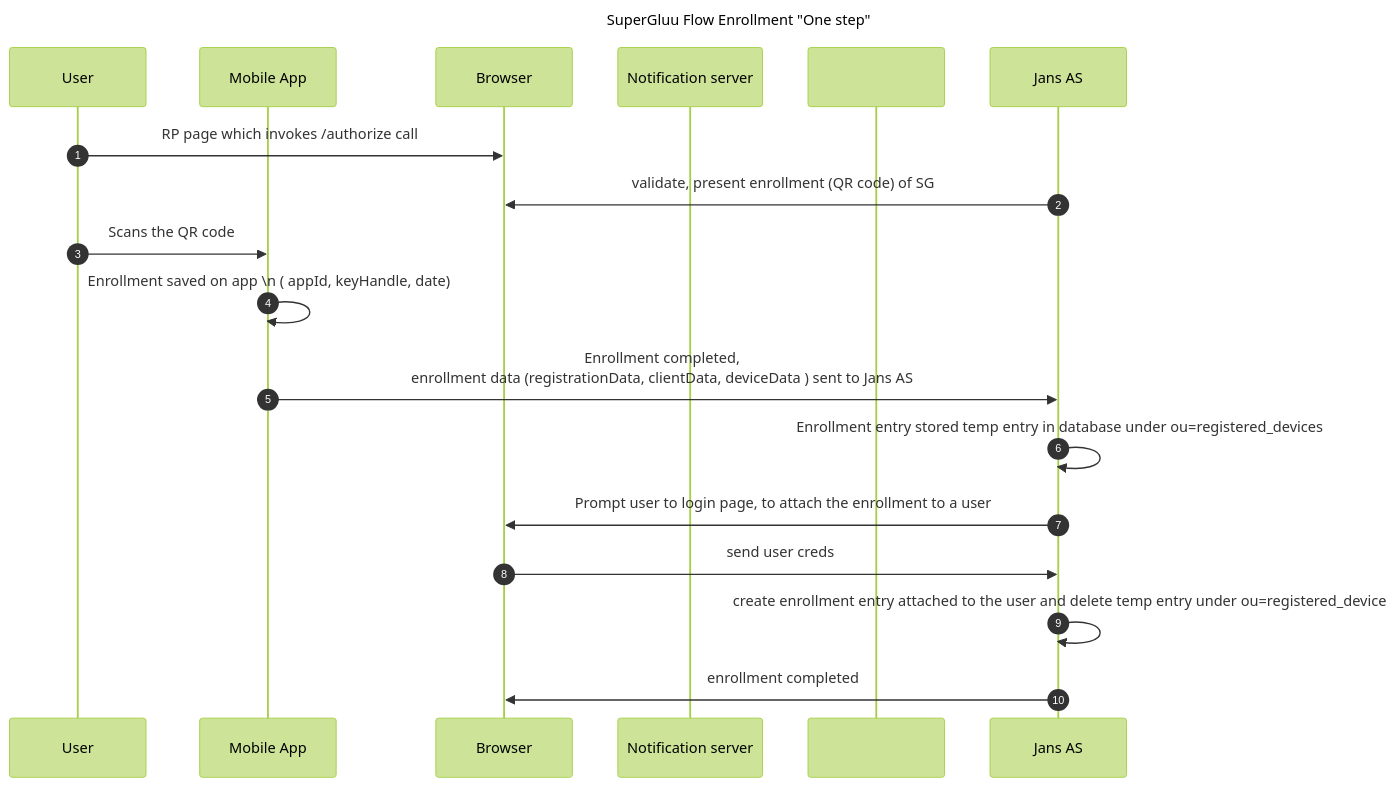
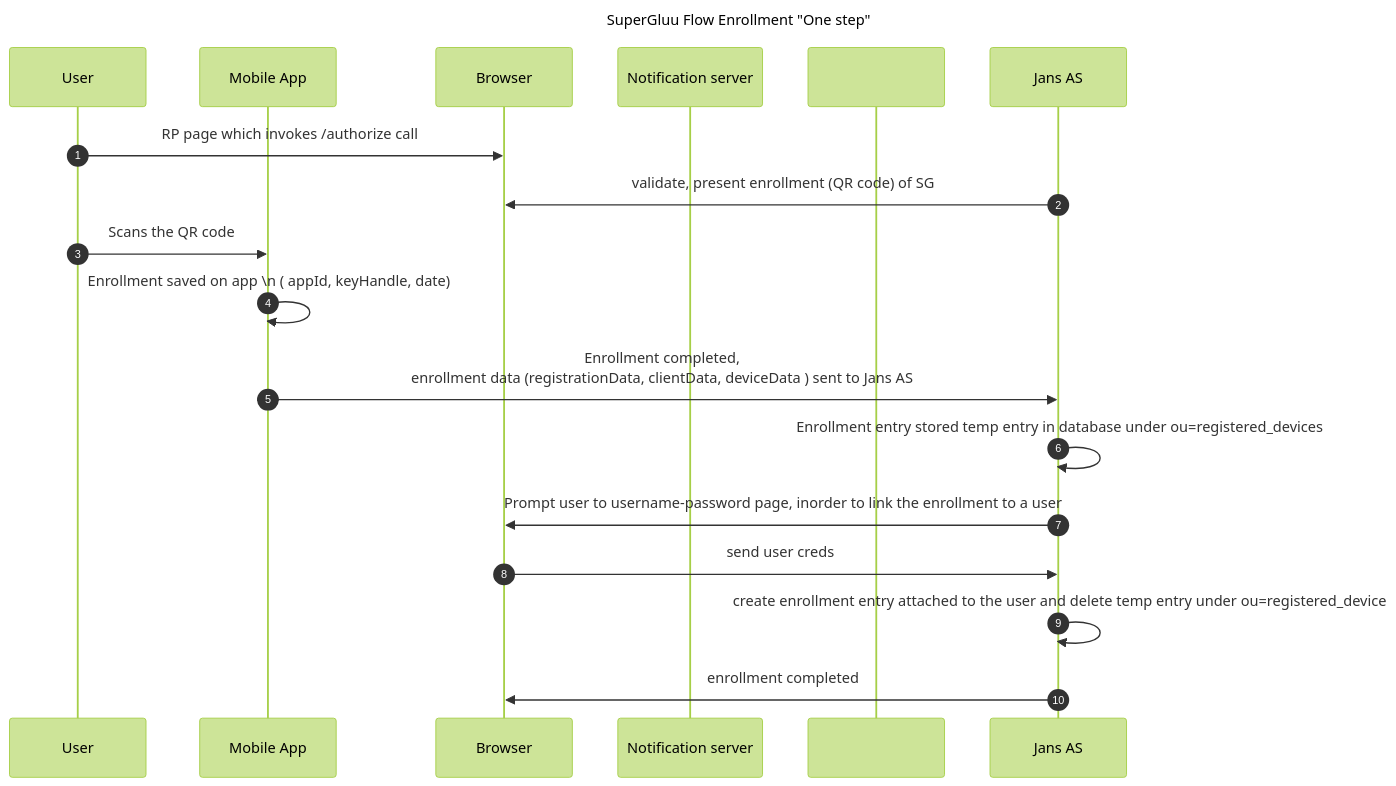
Before and after one commit to JanssenProject/jans: the third of 4 diagrams in docs/script-catalog/person_authentication/super-gluu-external-authenticator/README.md, drawn with Mermaid (forest theme). The commit also changed other lines of this file and 2 other files, not shown here.

````diff
--- a/docs/script-catalog/person_authentication/super-gluu-external-authenticator/README.md
+++ b/docs/script-catalog/person_authentication/super-gluu-external-authenticator/README.md
@@ -101,23 +139,23 @@
 ```mermaid
 sequenceDiagram
 title SuperGluu Flow Enrollment "One step"
 
 autonumber 1
 participant User
 participant Mobile App
 participant Browser
 participant Notification server
 participant Jans AS
 
 User->> Browser: RP page which invokes /authorize call
 Jans AS->>Browser: validate, present enrollment (QR code) of SG
 User->>Mobile App:  Scans the QR code
 Mobile App->> Mobile App: Enrollment saved on app \n ( appId, keyHandle, date)
 Mobile App->>Jans AS :  Enrollment completed, <br/>enrollment data (registrationData, clientData, deviceData ) sent to Jans AS
 Jans AS->>Jans AS: Enrollment entry stored temp entry in database under ou=registered_devices
-Jans AS->>Browser: Prompt user to login page, to attach the enrollment to a user
+Jans AS->>Browser: Prompt user to username-password page, inorder to link the enrollment to a user
 Browser->>Jans AS: send user creds
 Jans AS->>Jans AS: create enrollment entry attached to the user and delete temp entry under ou=registered_device
 Jans AS->>Browser: enrollment completed
 
 ```
````
